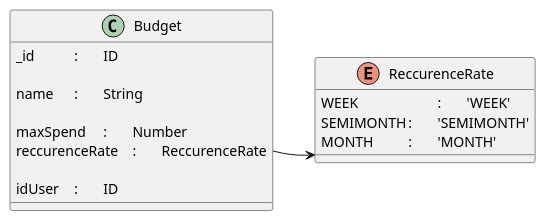
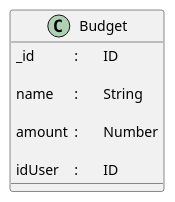
The diagram in doc/Budget.plantuml (FlorianMarcon/BankModels), drawn with PlantUML before and after one commit.

Commit message:
(Budget) UML update

```diff
--- a/doc/Budget.plantuml
+++ b/doc/Budget.plantuml
@@ -1,23 +1,14 @@
 @startuml
-
-
-enum ReccurenceRate {
-	WEEK			:	'WEEK'
-	SEMIMONTH	:	'SEMIMONTH'
-	MONTH		:	'MONTH'
-}
 
 class Budget {
 	_id		:	ID
 
 	name	:	String
 
-	maxSpend	:	Number
-	reccurenceRate	:	ReccurenceRate
+	amount	:	Number
 
 	idUser	:	ID
 }
 
 
-Budget::reccurenceRate -> ReccurenceRate
 @enduml
```
